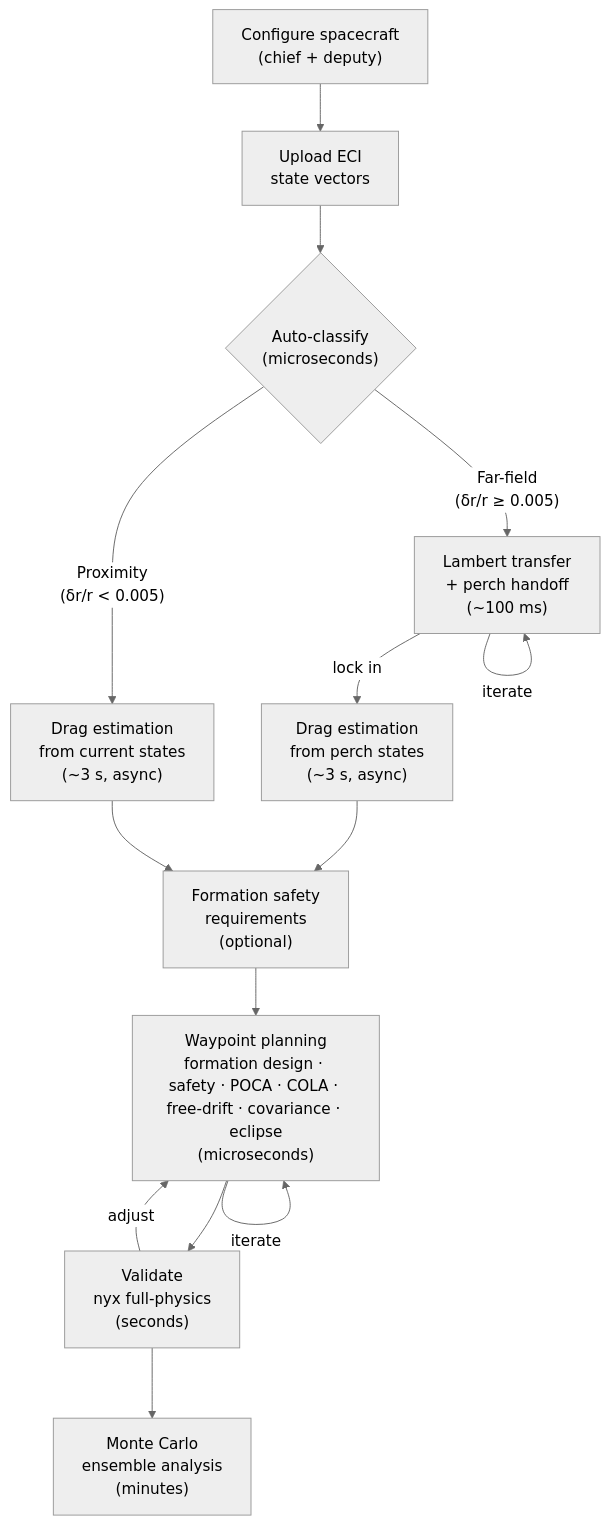
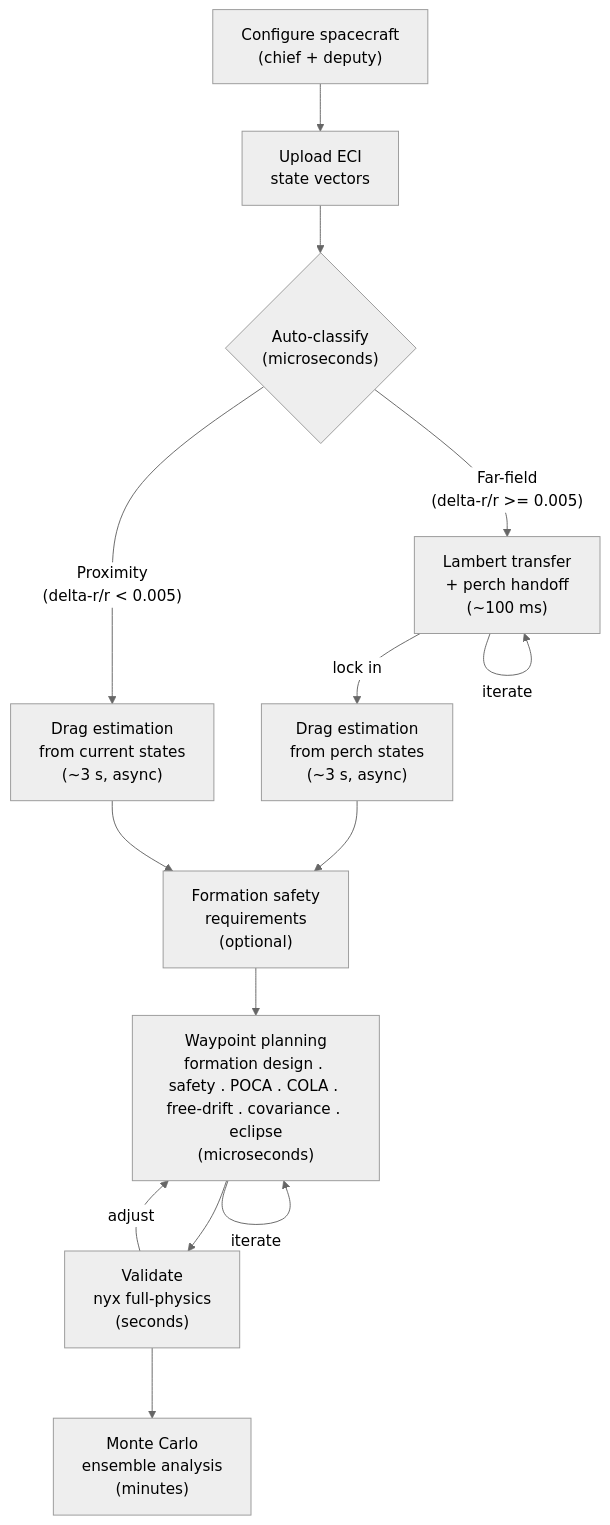
Before and after one commit to sakobu/rpo-toolkit: the diagram in README.md, drawn with Mermaid (neutral theme). The commit also changed other lines of this file and 38 other files, not shown here.

````diff
--- a/README.md
+++ b/README.md
@@ -45,16 +51,16 @@
 ```mermaid
 flowchart TD
     A["Configure spacecraft\n(chief + deputy)"] --> B["Upload ECI\nstate vectors"]
     B --> C{"Auto-classify\n(microseconds)"}
-    C -- "Far-field\n(δr/r ≥ 0.005)" --> D["Lambert transfer\n+ perch handoff\n(~100 ms)"]
-    C -- "Proximity\n(δr/r < 0.005)" --> E2["Drag estimation\nfrom current states\n(~3 s, async)"]
+    C -- "Far-field\n(delta-r/r >= 0.005)" --> D["Lambert transfer\n+ perch handoff\n(~100 ms)"]
+    C -- "Proximity\n(delta-r/r < 0.005)" --> E2["Drag estimation\nfrom current states\n(~3 s, async)"]
     D -- "iterate" --> D
     D -- "lock in" --> E1["Drag estimation\nfrom perch states\n(~3 s, async)"]
     E1 --> S["Formation safety\nrequirements\n(optional)"]
     E2 --> S
-    S --> F["Waypoint planning\nformation design · safety · POCA · COLA · free-drift · covariance · eclipse\n(microseconds)"]
+    S --> F["Waypoint planning\nformation design . safety . POCA . COLA . free-drift . covariance . eclipse\n(microseconds)"]
     F -- "iterate" --> F
     F --> G["Validate\nnyx full-physics\n(seconds)"]
     G -- "adjust" --> F
     G --> H["Monte Carlo\nensemble analysis\n(minutes)"]
 ```
````
